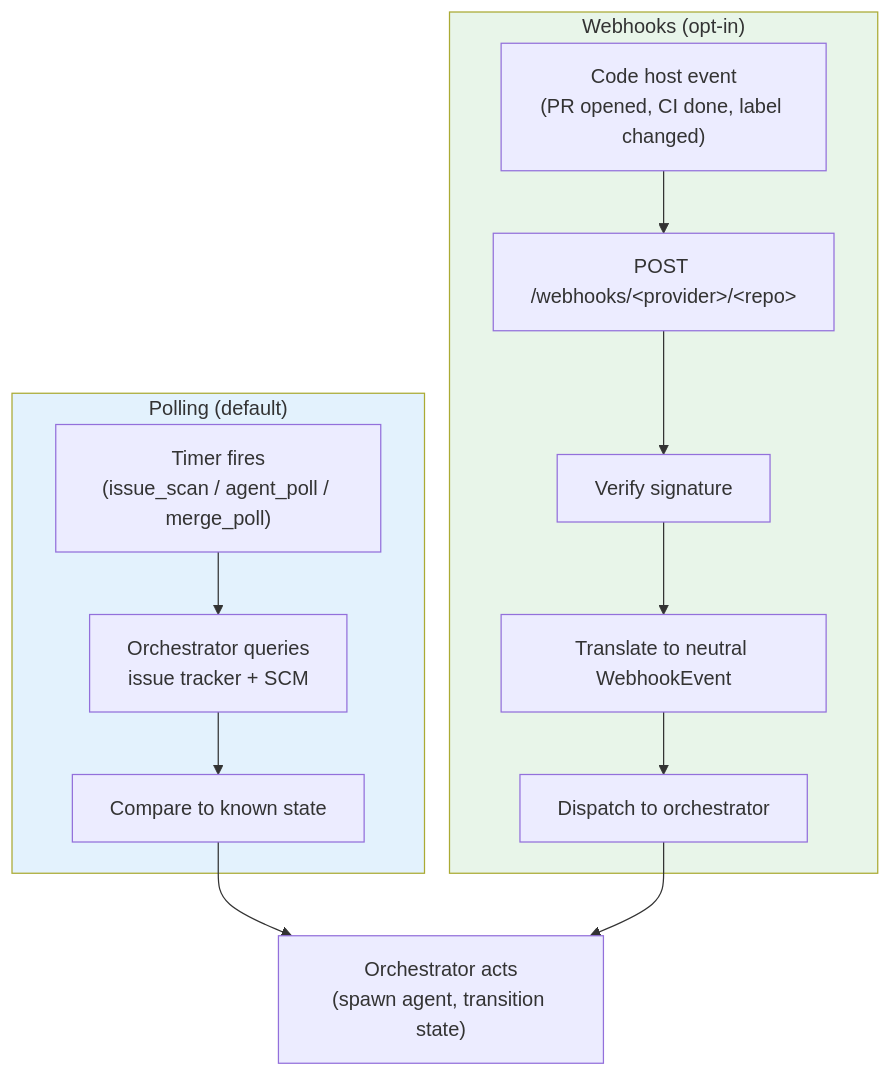
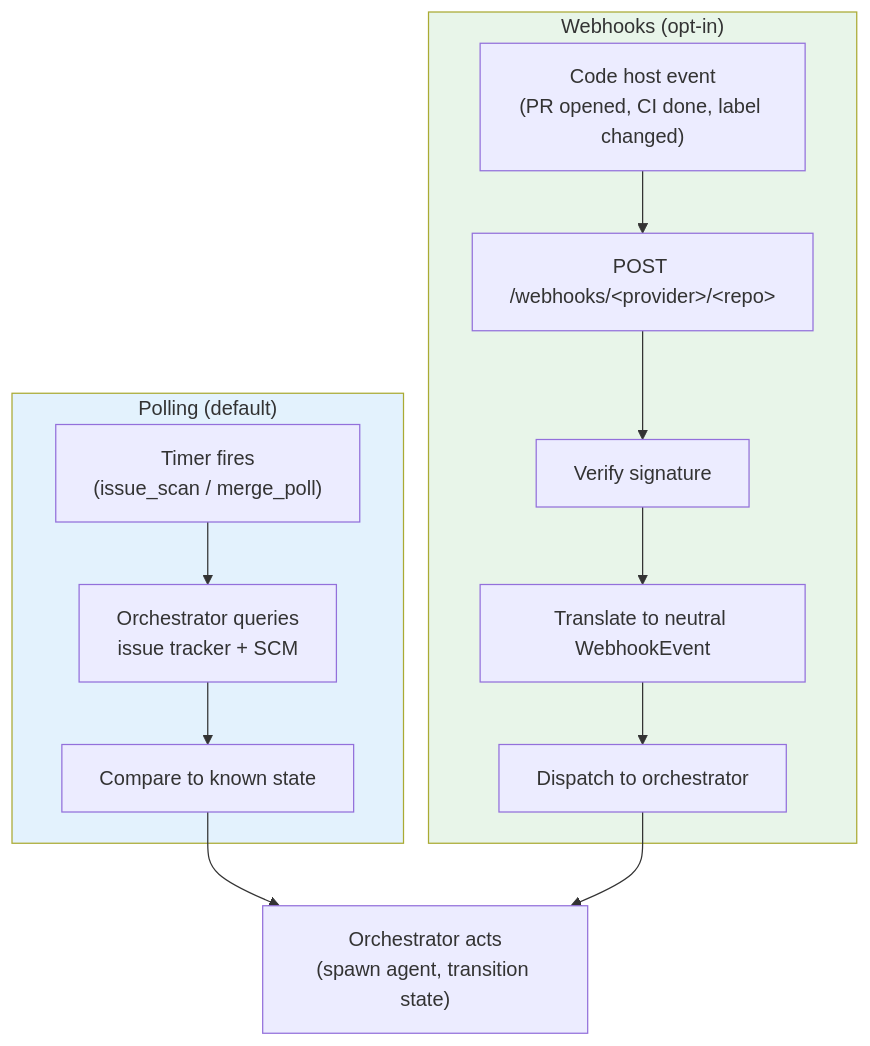
One commit to pweissneo/agentflow-docs changed the diagram in docs-site/how-it-works/webhooks.md. Above: the diagram before and after it, drawn with Mermaid. The commit also changed other lines of this file and 6 other files, not shown here.

````diff
--- a/docs-site/how-it-works/webhooks.md
+++ b/docs-site/how-it-works/webhooks.md
@@ -9,20 +9,20 @@
 ```mermaid
 graph TD
     subgraph Polling["Polling (default)"]
-        P1["Timer fires<br/>(issue_scan / agent_poll / merge_poll)"] --> P2["Orchestrator queries<br/>issue tracker + SCM"]
+        P1["Timer fires<br/>(issue_scan / merge_poll)"] --> P2["Orchestrator queries<br/>issue tracker + SCM"]
         P2 --> P3["Compare to known state"]
     end
 
     subgraph Webhooks["Webhooks (opt-in)"]
         W1["Code host event<br/>(PR opened, CI done, label changed)"] --> W2["POST /webhooks/&lt;provider&gt;/&lt;repo&gt;"]
         W2 --> W3["Verify signature"]
         W3 --> W4["Translate to neutral WebhookEvent"]
         W4 --> W5["Dispatch to orchestrator"]
     end
 
     P3 --> ACT["Orchestrator acts<br/>(spawn agent, transition state)"]
     W5 --> ACT
 
     style Webhooks fill:#e8f5e9
     style Polling fill:#e3f2fd
 ```
````
